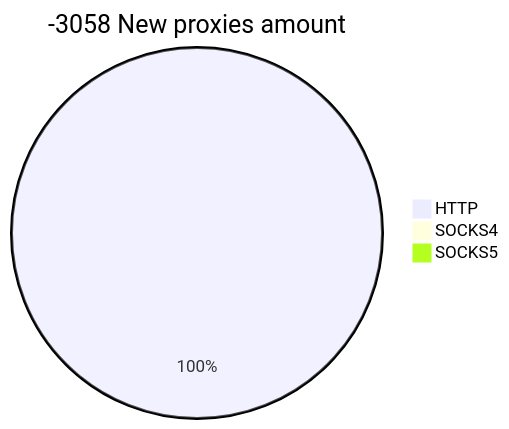
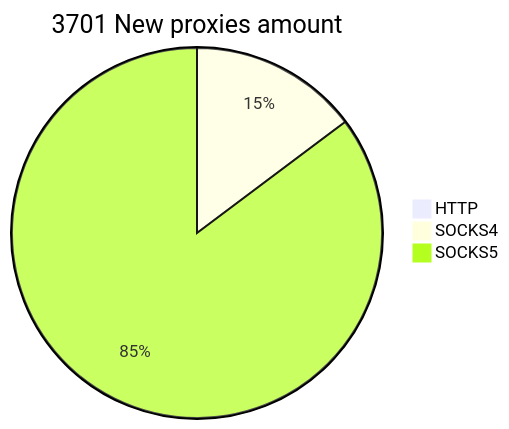
The second of 2 diagrams in README.md (cutipu/proxylist), drawn with Mermaid before and after one commit. The commit also changed other lines of this file, not shown here.

````diff
--- a/README.md
+++ b/README.md
@@ -10,6 +10,6 @@
 ```mermaid
-pie title -3058 New proxies amount
-    "HTTP" : 2
-    "SOCKS4" : 0
-    "SOCKS5" : 0
+pie title 3701 New proxies amount
+    "HTTP" : 3
+    "SOCKS4" : 546
+    "SOCKS5" : 3152
 ```
````
